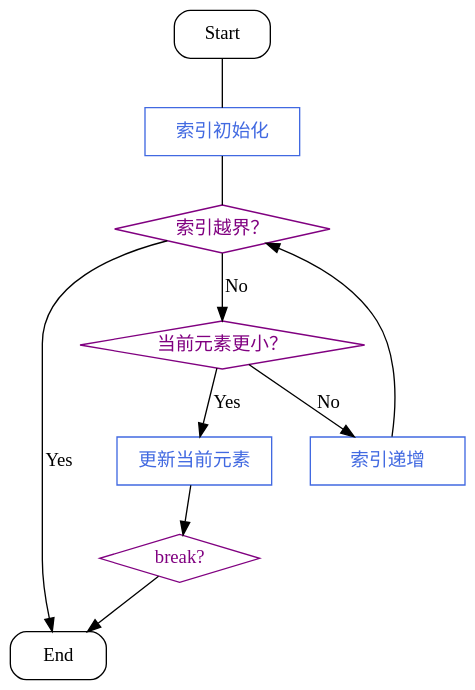
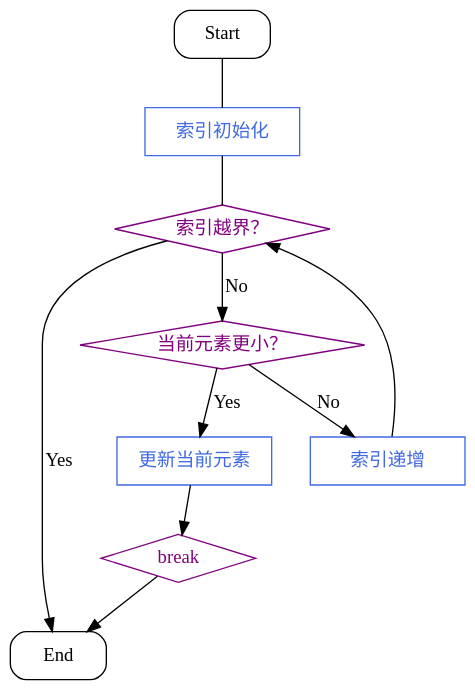
Before and after one commit to Gyoudmon/advent-of-code: the diagram in literacy/mee/update_max_calories.gv, drawn with Graphviz. The commit also changed 4 other files, not shown here.

```diff
--- a/literacy/mee/update_max_calories.gv
+++ b/literacy/mee/update_max_calories.gv
@@ -1,35 +1,35 @@
 digraph UpdateMaxCalories {
     # label = "Update Maximum Calories";
     bgcolor = transparent;
 
     /* special nodes */
     node [ shape = box, width = 1, height = 0.5 ];
     Start, End [ style = rounded ];
 
     /* conditional nodes */
     node [ shape = diamond, width = 1.618, color = purple, fontcolor = purple ]; 
     loop_start [ label = "索引越界？" ];   
     compare [ label = "当前元素更小？" ];
-    break [ label = "break?" ];
+    break [ label = "break" ];
 
     /* variable-related nodes */
     node [ shape = rect, color = royalblue, fontcolor = royalblue ];
     initialize [ label = "索引初始化" ];
     update_index [ label = "索引递增" ];
     update_max_calorie [ label = "更新当前元素" ];
     
     /* Edges */
     Start -> initialize -> loop_start [ arrowhead = none ];
     loop_start -> End [ label = "Yes" ];
     loop_start -> compare [ label = "No" ];
     
     subgraph {
         compare -> update_max_calorie [ label = "Yes"];
         update_max_calorie -> break -> End;
     }
 
     subgraph {
         compare -> update_index [ label = "No" ];
         update_index -> loop_start;
     }
 }
```
